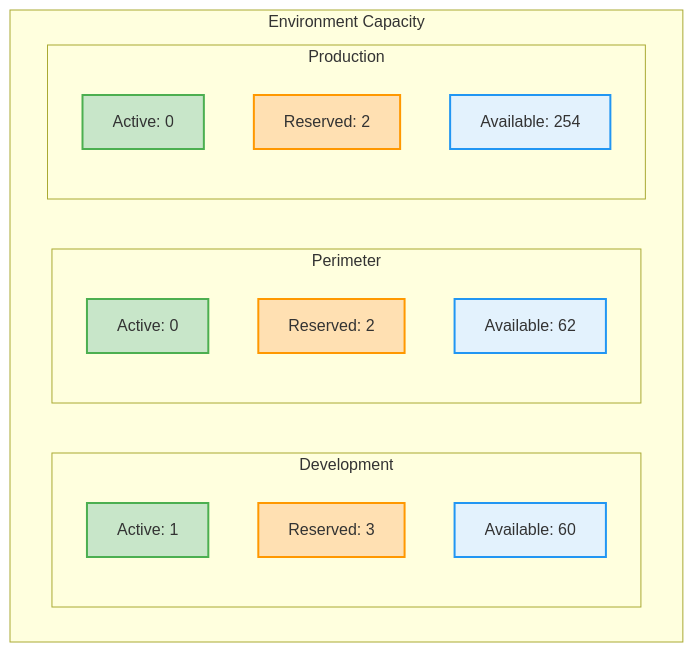
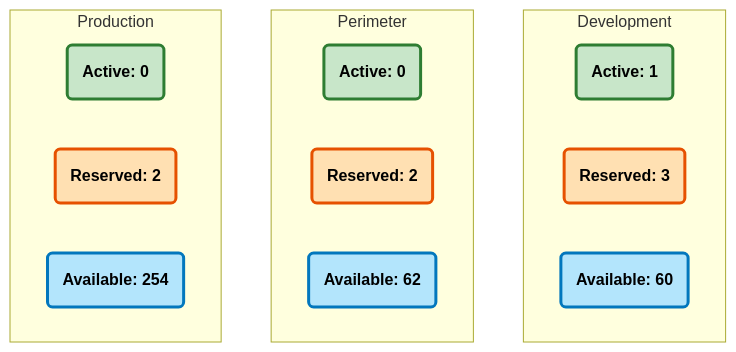
One commit to spolspol/terragrunt-gcp-org-automation changed the sixth of 8 diagrams in docs/IP_ALLOCATION.md. Above: the diagram before and after it, drawn with Mermaid. The commit also changed other lines of this file and 36 other files, not shown here.

````diff
--- a/docs/IP_ALLOCATION.md
+++ b/docs/IP_ALLOCATION.md
@@ -336,30 +288,28 @@
 ```mermaid
 flowchart TB
-    subgraph "Environment Capacity"
-        subgraph DEV["Development"]
-            DACT["Active: 1"]
-            DRES["Reserved: 3"]
-            DAVL["Available: 60"]
-        end
-        
-        subgraph PERIM["Perimeter"]
-            PACT["Active: 0"]
-            PRES["Reserved: 2"]
-            PAVL["Available: 62"]
-        end
-        
-        subgraph PROD["Production"]
-            PRACT["Active: 0"]
-            PRRES["Reserved: 2"]
-            PRAVL["Available: 254"]
-        end
+    subgraph DEV["Development"]
+        DACT("<b>Active: 1</b>")
+        DRES("<b>Reserved: 3</b>")
+        DAVL("<b>Available: 60</b>")
     end
-    
-    classDef active fill:#C8E6C9,stroke:#4CAF50,stroke-width:2px
-    classDef reserved fill:#FFE0B2,stroke:#FF9800,stroke-width:2px
-    classDef available fill:#E3F2FD,stroke:#2196F3,stroke-width:2px
-    
-    class DACT,PACT,PRACT active
-    class DRES,PRES,PRRES reserved
-    class DAVL,PAVL,PRAVL available
+
+    subgraph PERIM["Perimeter"]
+        PACT("<b>Active: 0</b>")
+        PRES("<b>Reserved: 2</b>")
+        PAVL("<b>Available: 62</b>")
+    end
+
+    subgraph PROD["Production"]
+        PRACT("<b>Active: 0</b>")
+        PRRES("<b>Reserved: 2</b>")
+        PRAVL("<b>Available: 254</b>")
+    end
+
+    classDef compute fill:#c8e6c9,stroke:#2e7d32,stroke-width:3px,color:#000
+    classDef hub fill:#ffe0b2,stroke:#e65100,stroke-width:3px,color:#000
+    classDef network fill:#b3e5fc,stroke:#0277bd,stroke-width:3px,color:#000
+
+    class DACT,PACT,PRACT compute
+    class DRES,PRES,PRRES hub
+    class DAVL,PAVL,PRAVL network
 ```
````
